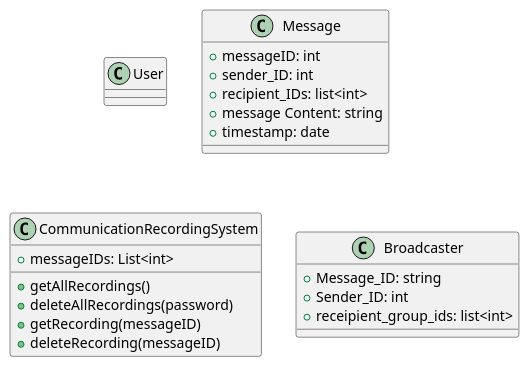
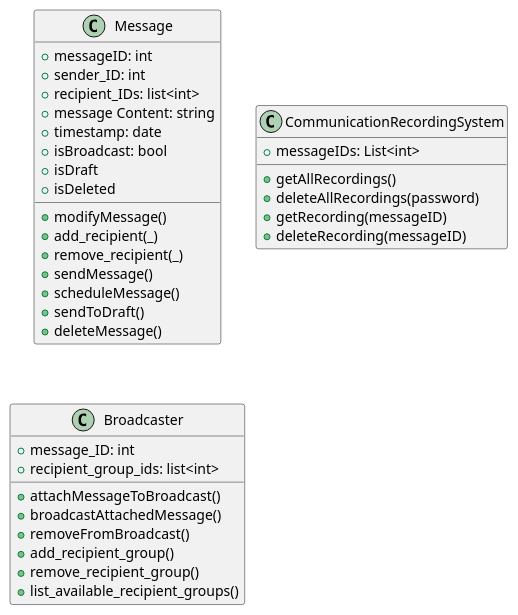
The diagram in messages.plantuml (anshium/DASS-Assignment-3-IMS-System-Design), drawn with PlantUML before and after one commit.

Commit message:
update messages

```diff
--- a/messages.plantuml
+++ b/messages.plantuml
@@ -1,30 +1,43 @@
 @startuml messages
-
-class User {
-
-}
 
 class Message {
     + messageID: int
     + sender_ID: int
     + recipient_IDs: list<int>
     + message Content: string
     + timestamp: date
+	+ isBroadcast: bool
+	+ isDraft
+	+ isDeleted
+
+	+ modifyMessage()
+	+ add_recipient(_)
+	+ remove_recipient(_)
+	+ sendMessage()
+	+ scheduleMessage()
+	+ sendToDraft()
+	+ deleteMessage() 
+	' ID remains, the message content gets deleted and can't be edited, ID is also forgotten'
 }
 
 class CommunicationRecordingSystem {
     + messageIDs: List<int>
 
 	+ getAllRecordings()
 	+ deleteAllRecordings(password)
 	+ getRecording(messageID)
 	+ deleteRecording(messageID)
 }
 
 class Broadcaster {
-    + Message_ID: string
-	+ Sender_ID: int
-	+ receipient_group_ids: list<int>
+    + message_ID: int
+	+ recipient_group_ids: list<int>
 
+	+ attachMessageToBroadcast()
+	+ broadcastAttachedMessage()
+	+ removeFromBroadcast()
+	+ add_recipient_group()
+	+ remove_recipient_group()
+	+ list_available_recipient_groups()
 }
 @enduml
```
